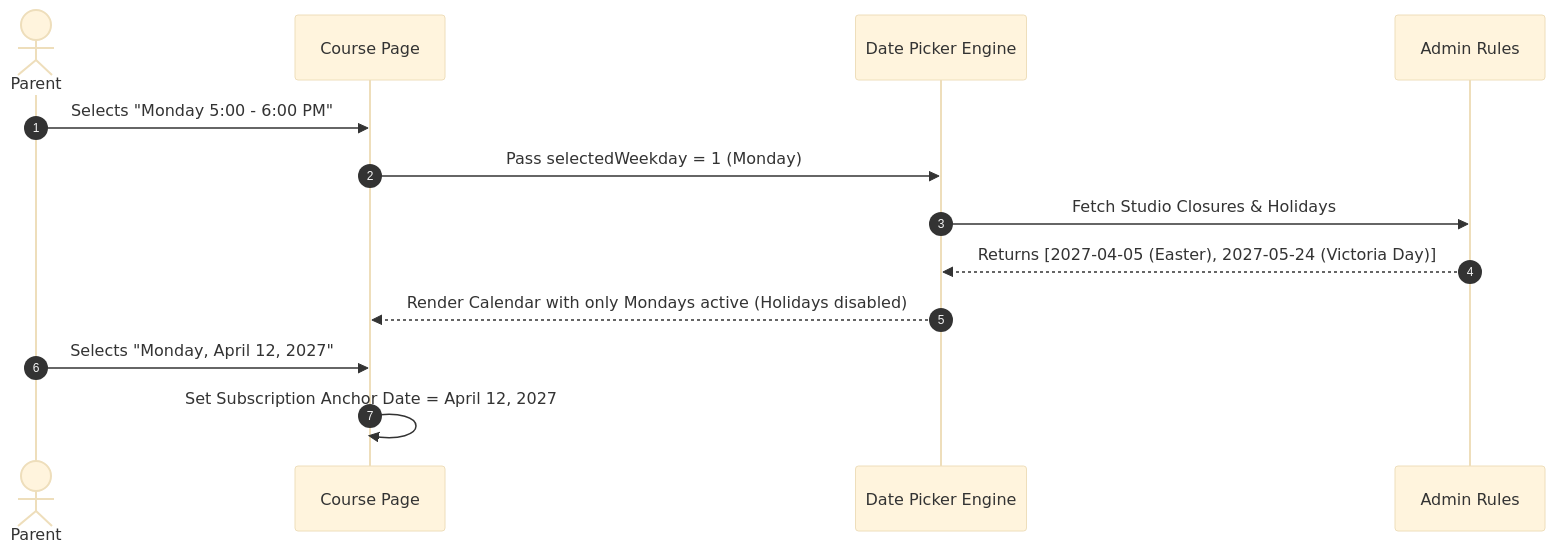
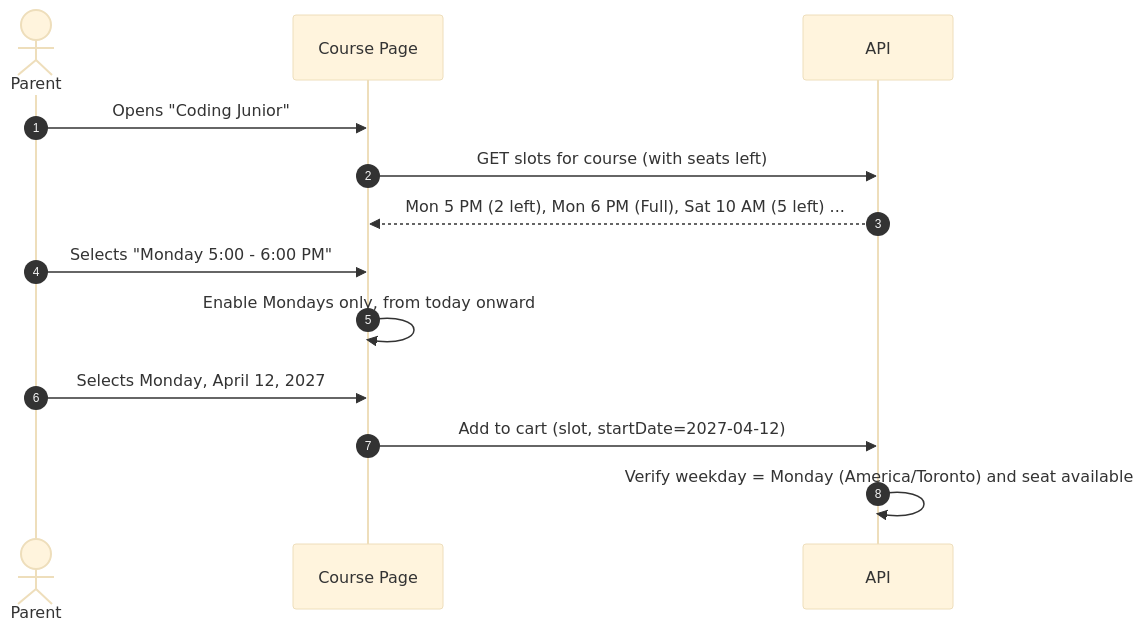
Before and after one commit to sohailamir06/STEMOTICS-Website-CMS: the second of 2 diagrams in STEMOTICS_R&D_Documentation/DOC/Phase-04-Course-Camp-Management.md, drawn with Mermaid (base theme). The commit also changed other lines of this file and 12 other files, not shown here.

````diff
--- a/STEMOTICS_R&D_Documentation/DOC/Phase-04-Course-Camp-Management.md
+++ b/STEMOTICS_R&D_Documentation/DOC/Phase-04-Course-Camp-Management.md
@@ -192,16 +178,16 @@
 ```mermaid
 sequenceDiagram
     autonumber
     actor Parent
     participant UI as Course Page
-    participant Picker as Date Picker Engine
-    participant CMS as Admin Rules
+    participant API as API
 
+    Parent->>UI: Opens "Coding Junior"
+    UI->>API: GET slots for course (with seats left)
+    API-->>UI: Mon 5 PM (2 left), Mon 6 PM (Full), Sat 10 AM (5 left) ...
     Parent->>UI: Selects "Monday 5:00 - 6:00 PM"
-    UI->>Picker: Pass selectedWeekday = 1 (Monday)
-    Picker->>CMS: Fetch Studio Closures & Holidays
-    CMS-->>Picker: Returns [2027-04-05 (Easter), 2027-05-24 (Victoria Day)]
-    Picker-->>UI: Render Calendar with only Mondays active (Holidays disabled)
-    Parent->>UI: Selects "Monday, April 12, 2027"
-    UI->>UI: Set Subscription Anchor Date = April 12, 2027
+    UI->>UI: Enable Mondays only, from today onward
+    Parent->>UI: Selects Monday, April 12, 2027
+    UI->>API: Add to cart (slot, startDate=2027-04-12)
+    API->>API: Verify weekday = Monday (America/Toronto) and seat available
 ```
````
